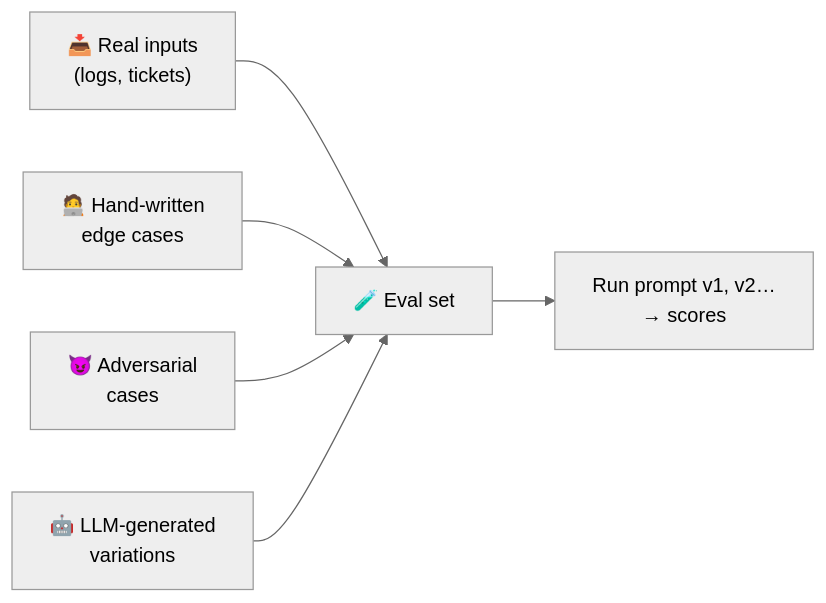
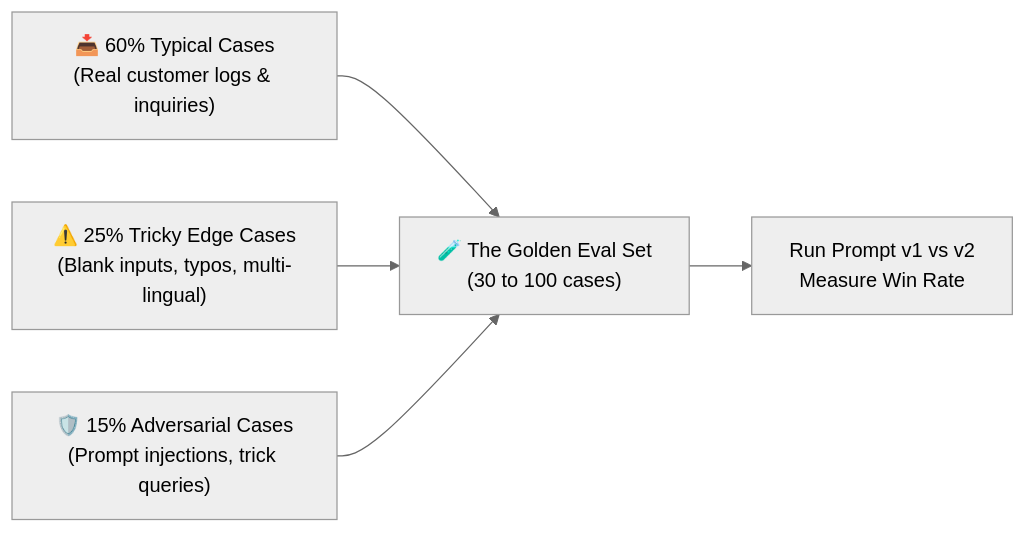
Before and after one commit to ABVicky/Prompt-Engineering-by-Vicky: the diagram in modules/13-evaluation-and-testing.md, drawn with Mermaid (neutral theme). The commit also changed other lines of this file and 19 other files, not shown here.

````diff
--- a/modules/13-evaluation-and-testing.md
+++ b/modules/13-evaluation-and-testing.md
@@ -51,8 +67,7 @@
 ```mermaid
 flowchart LR
-    R["📥 Real inputs<br/>(logs, tickets)"] --> D["🧪 Eval set"]
-    S["🧑‍💻 Hand-written<br/>edge cases"] --> D
-    A["😈 Adversarial<br/>cases"] --> D
-    G["🤖 LLM-generated<br/>variations"] --> D
-    D --> E["Run prompt v1, v2…<br/>→ scores"]
+    R["📥 60% Typical Cases<br/>(Real customer logs & inquiries)"] --> D["🧪 The Golden Eval Set<br/>(30 to 100 cases)"]
+    E["⚠️ 25% Tricky Edge Cases<br/>(Blank inputs, typos, multi-lingual)"] --> D
+    A["🛡️ 15% Adversarial Cases<br/>(Prompt injections, trick queries)"] --> D
+    D --> T["Run Prompt v1 vs v2<br/>Measure Win Rate"]
 ```
````
